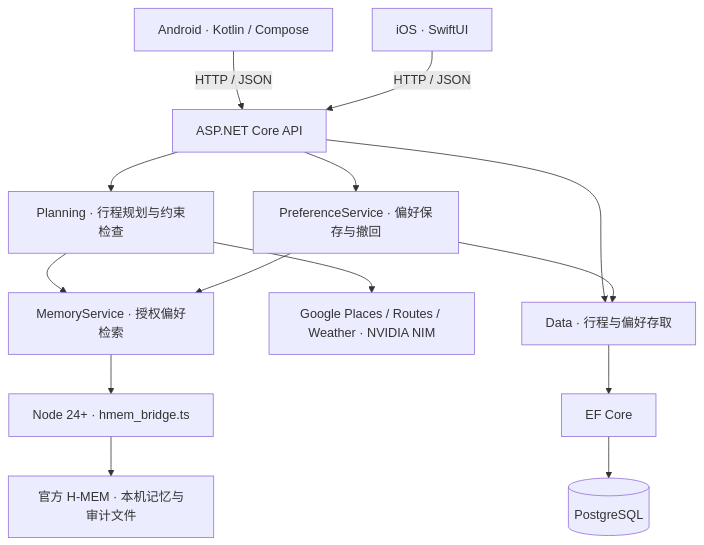
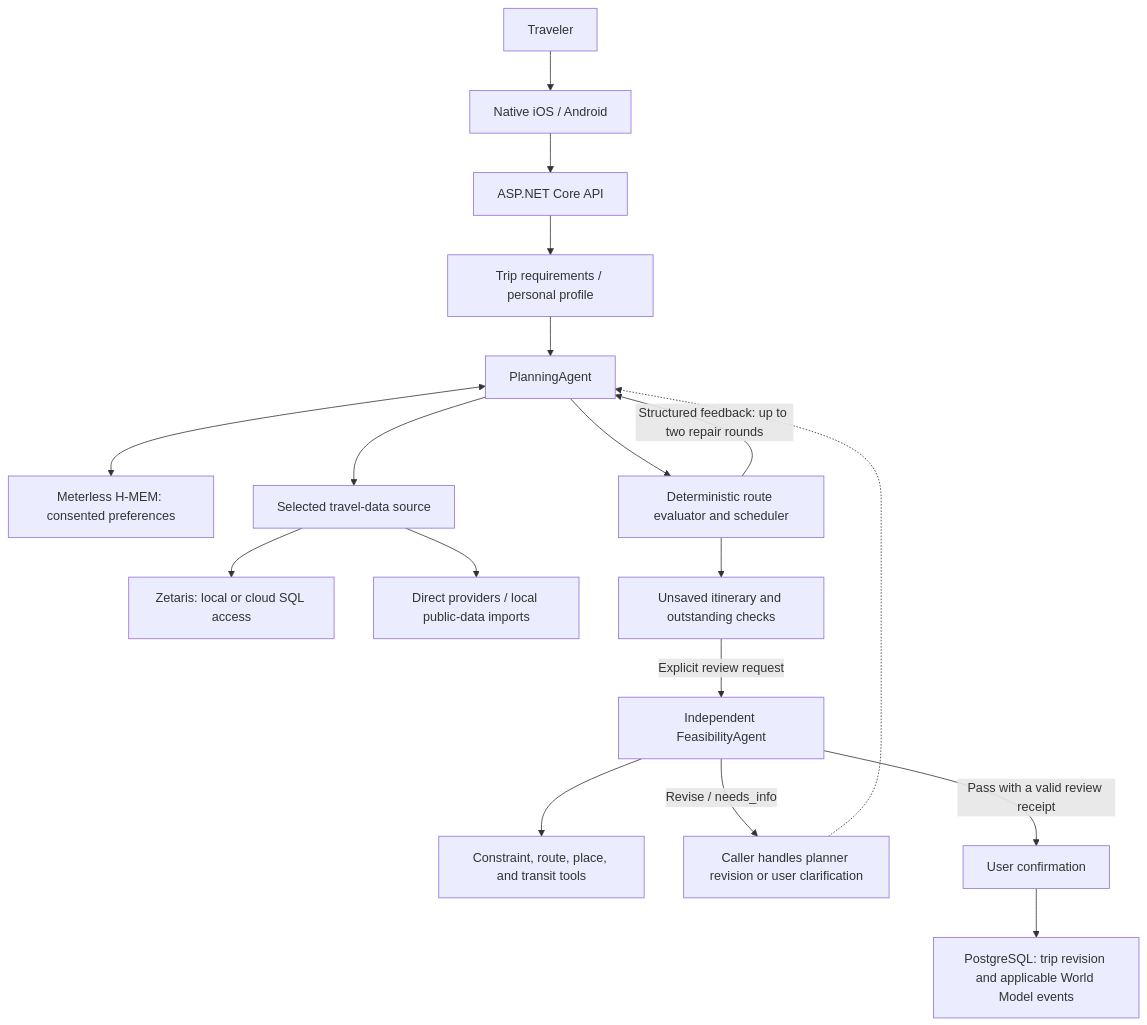
The diagram in README.md (f1sh11/hackathon), drawn with Mermaid before and after one commit. The commit also changed other lines of this file, not shown here.

````diff
--- a/README.md
+++ b/README.md
@@ -297,16 +31,20 @@
 ```mermaid
 flowchart TD
-    Android["Android · Kotlin / Compose"] -->|HTTP / JSON| API["ASP.NET Core API"]
-    iOS["iOS · SwiftUI"] -->|HTTP / JSON| API
-    API --> Planning["Planning · 行程规划与约束检查"]
-    API --> Repositories["Data · 行程与偏好存取"]
-    Repositories --> EF["EF Core"]
-    EF --> DB[(PostgreSQL)]
-    Planning --> Providers["Google Places / Routes / Weather · NVIDIA NIM"]
-    Planning --> Memory["MemoryService · 授权偏好检索"]
-    API --> Preferences["PreferenceService · 偏好保存与撤回"]
-    Preferences --> Repositories
-    Preferences --> Memory
-    Memory --> Bridge["Node 24+ · hmem_bridge.ts"]
-    Bridge --> HMEM["官方 H-MEM · 本机记忆与审计文件"]
+    User["Traveler"] --> Clients["Native iOS / Android"]
+    Clients --> API["ASP.NET Core API"]
+    API --> Intake["Trip requirements / personal profile"]
+    Intake --> Planner["PlanningAgent"]
+    Planner <--> Memory["Meterless H-MEM: consented preferences"]
+    Planner --> Data["Selected travel-data source"]
+    Data --> Zetaris["Zetaris: local or cloud SQL access"]
+    Data --> Direct["Direct providers / local public-data imports"]
+    Planner --> Rules["Deterministic route evaluator and scheduler"]
+    Rules -->|"Structured feedback: up to two repair rounds"| Planner
+    Rules --> Draft["Unsaved itinerary and outstanding checks"]
+    Draft -->|"Explicit review request"| Review["Independent FeasibilityAgent"]
+    Review --> Tools["Constraint, route, place, and transit tools"]
+    Review -->|"Revise / needs_info"| Handoff["Caller handles planner revision or user clarification"]
+    Handoff -.-> Planner
+    Review -->|"Pass with a valid review receipt"| Confirm["User confirmation"]
+    Confirm --> DB["PostgreSQL: trip revision and applicable World Model events"]
 ```
````
